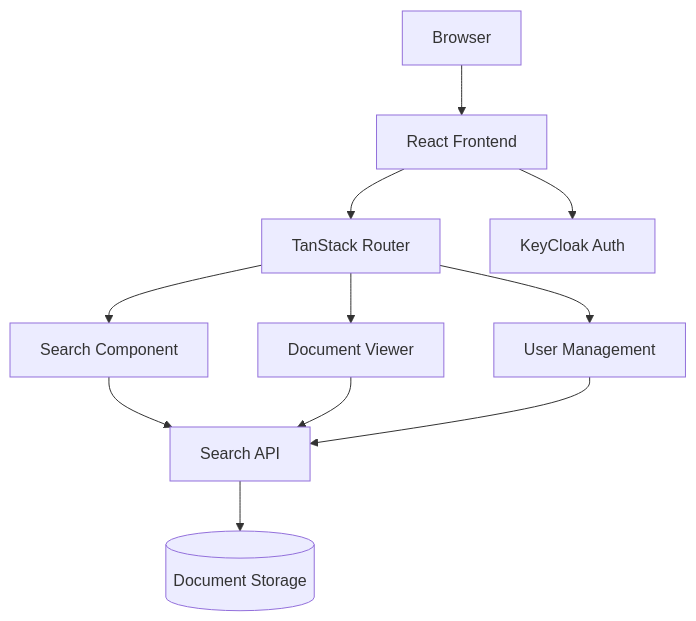
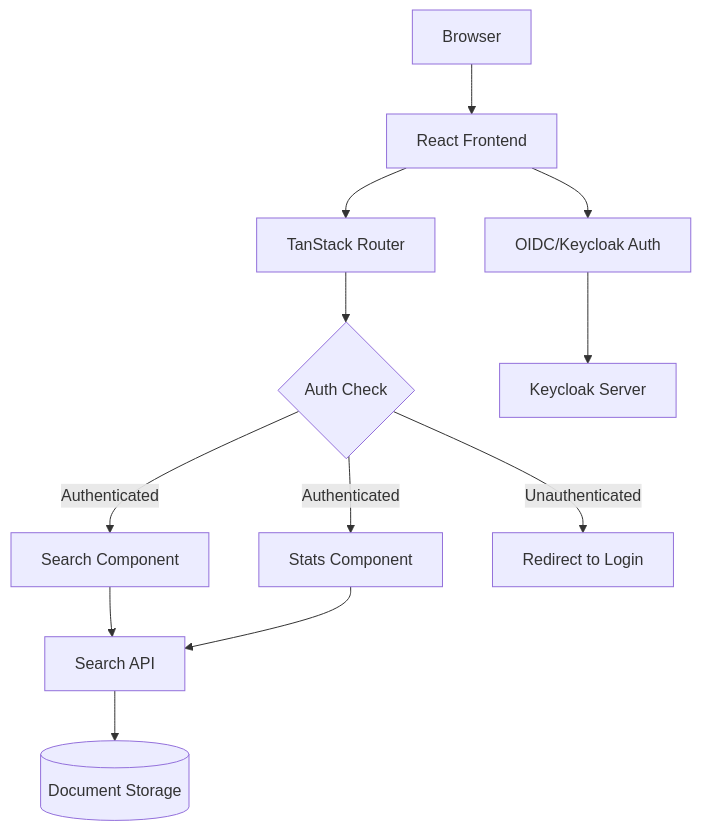
Before and after one commit to bcgov/EPIC.search: the first of 5 diagrams in search-web/DOCUMENTATION.md, drawn with Mermaid. The commit also changed other lines of this file and 26 other files, not shown here.

````diff
--- a/search-web/DOCUMENTATION.md
+++ b/search-web/DOCUMENTATION.md
@@ -14,13 +23,14 @@
 ```mermaid
 graph TD
     A[Browser] --> B[React Frontend]
     B --> C[TanStack Router]
-    C --> D[Search Component]
-    C --> E[Document Viewer]
-    C --> F[User Management]
-    B --> G[KeyCloak Auth]
-    D --> H[Search API]
-    E --> H
-    F --> H
-    H --> I[(Document Storage)]
+    C --> D{Auth Check}
+    D -->|Authenticated| E[Search Component]
+    D -->|Authenticated| F[Stats Component]
+    D -->|Unauthenticated| G[Redirect to Login]
+    B --> H[OIDC/Keycloak Auth]
+    E --> I[Search API]
+    F --> I
+    I --> J[(Document Storage)]
+    H --> K[Keycloak Server]
 ```
````
